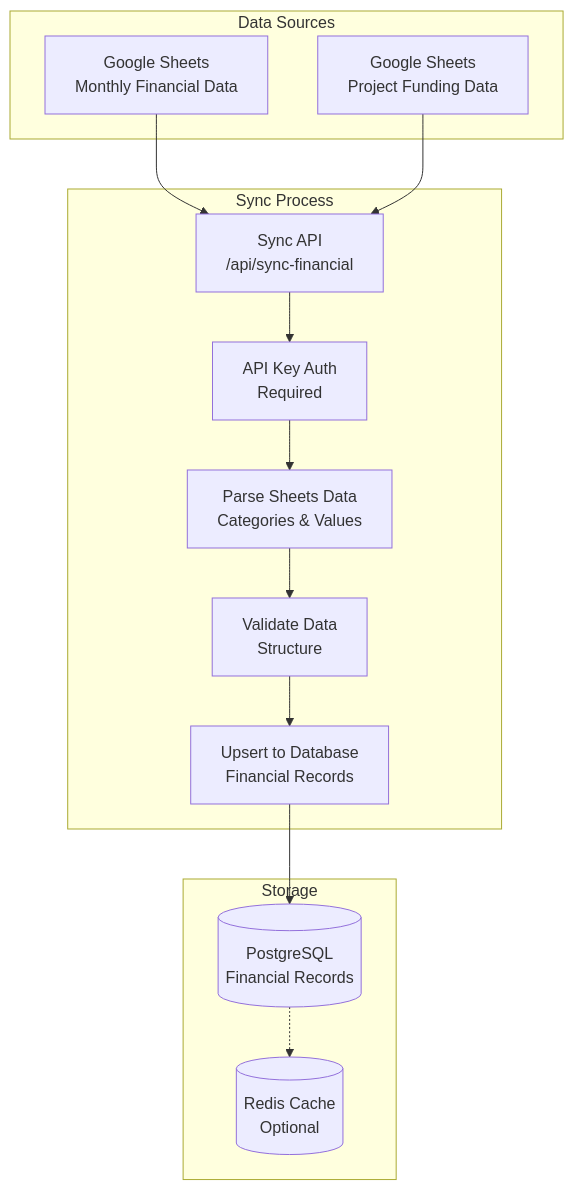
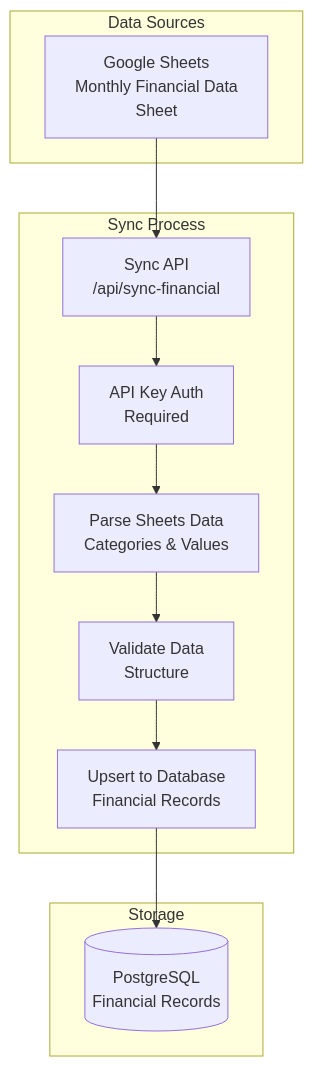
One commit to millenniumist/church-financial-report changed the fifth of 12 diagrams in SYSTEM_ARCHITECTURE.md. Above: the diagram before and after it, drawn with Mermaid. The commit also changed other lines of this file and 4 other files, not shown here.

````diff
--- a/SYSTEM_ARCHITECTURE.md
+++ b/SYSTEM_ARCHITECTURE.md
@@ -514,29 +511,25 @@
 ```mermaid
 graph TD
     subgraph "Data Sources"
-        GS[Google Sheets<br/>Monthly Financial Data]
-        GS2[Google Sheets<br/>Project Funding Data]
+        GS[Google Sheets<br/>Monthly Financial Data<br/>Sheet]
     end
 
     subgraph "Sync Process"
         API[Sync API<br/>/api/sync-financial]
         AUTH[API Key Auth<br/>Required]
         PARSE[Parse Sheets Data<br/>Categories & Values]
         VAL[Validate Data<br/>Structure]
         UPS[Upsert to Database<br/>Financial Records]
     end
 
     subgraph "Storage"
         DB[(PostgreSQL<br/>Financial Records)]
-        CACHE[(Redis Cache<br/>Optional)]
     end
 
     GS --> API
-    GS2 --> API
     API --> AUTH
     AUTH --> PARSE
     PARSE --> VAL
     VAL --> UPS
     UPS --> DB
-    DB -.-> CACHE
 ```
````
